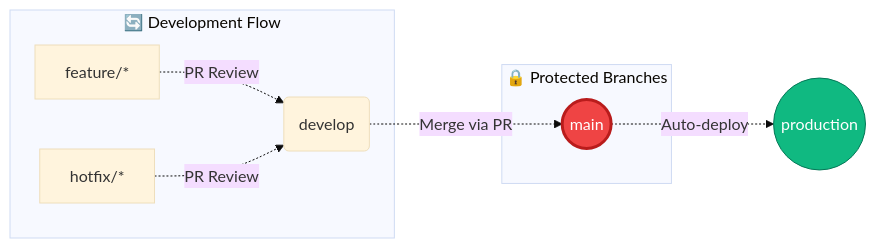
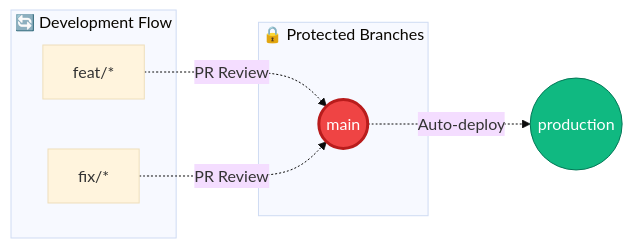
Before and after one commit to printezy247/TwinOS-helper-system: the second of 2 diagrams in README.md, drawn with Mermaid (base theme). The commit also changed other lines of this file and 2 other files, not shown here.

````diff
--- a/README.md
+++ b/README.md
@@ -262,19 +262,17 @@
 ```mermaid
 flowchart LR
     subgraph Protected["🔒 Protected Branches"]
         MAIN((main))
     end
     
     subgraph DevFlow["🔄 Development Flow"]
-        DEV(develop)
-        FEAT[feature/*]
-        FIX[hotfix/*]
+        FEAT[feat/*]
+        FIX[fix/*]
     end
     
-    FEAT & FIX -.->|PR Review| DEV
-    DEV -.->|Merge via PR| MAIN
+    FEAT & FIX -.->|PR Review| MAIN
     MAIN -.->|Auto-deploy| PROD((production))
     
     style MAIN fill:#ef4444,stroke:#b91c1c,color:#fff,stroke-width:3px
     style PROD fill:#10b981,stroke:#047857,color:#fff
 ```
````
